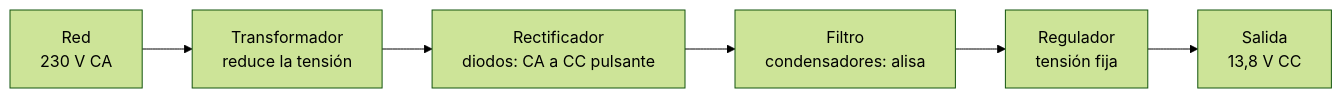
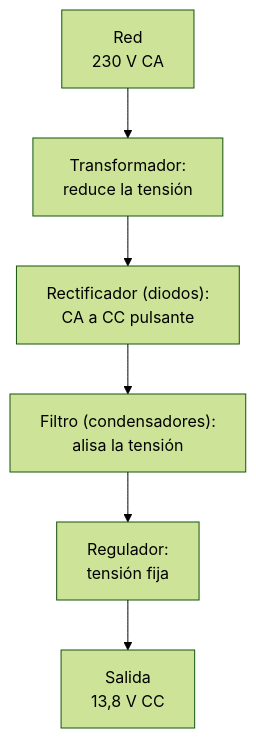
Before and after one commit to mshodai/manual-radioaficionado: the diagram in docs/02-electricidad-electronica.md, drawn with Mermaid (forest theme). The commit also changed 33 other files, not shown here.

````diff
--- a/docs/02-electricidad-electronica.md
+++ b/docs/02-electricidad-electronica.md
@@ -448,8 +448,8 @@
 ```mermaid
-flowchart LR
-    A["Red<br>230 V CA"] --> B["Transformador<br>reduce la tensión"]
-    B --> C["Rectificador<br>diodos: CA a CC pulsante"]
-    C --> D["Filtro<br>condensadores: alisa"]
-    D --> E["Regulador<br>tensión fija"]
+flowchart TB
+    A["Red<br>230 V CA"] --> B["Transformador:<br>reduce la tensión"]
+    B --> C["Rectificador (diodos):<br>CA a CC pulsante"]
+    C --> D["Filtro (condensadores):<br>alisa la tensión"]
+    D --> E["Regulador:<br>tensión fija"]
     E --> F["Salida<br>13,8 V CC"]
 ```
````
